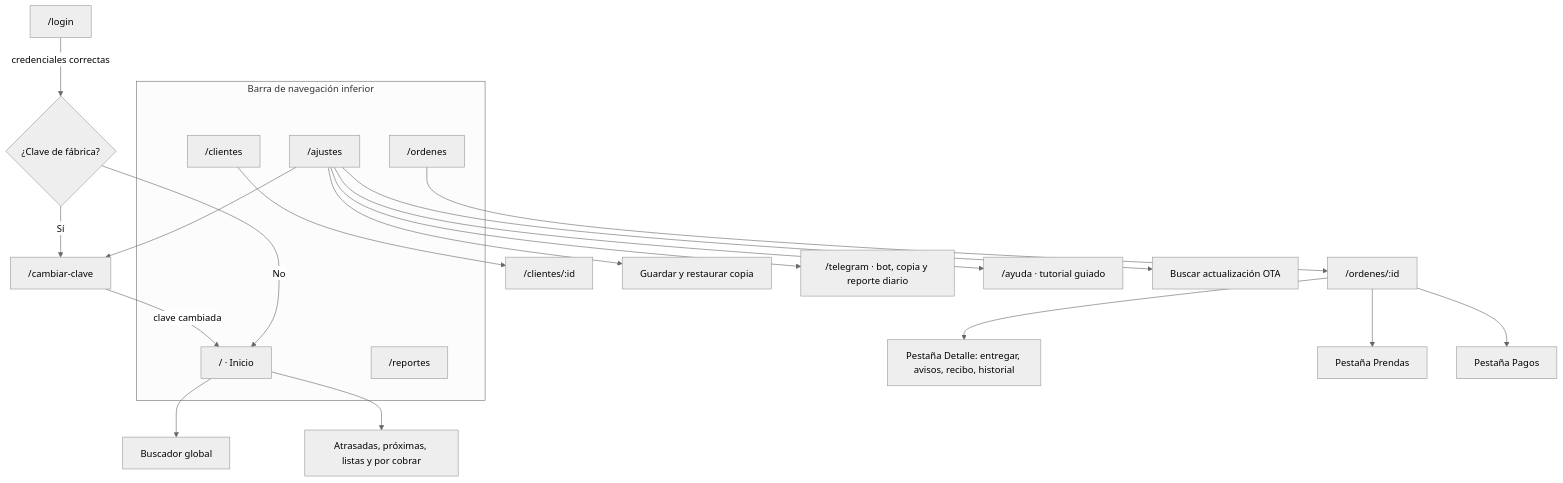
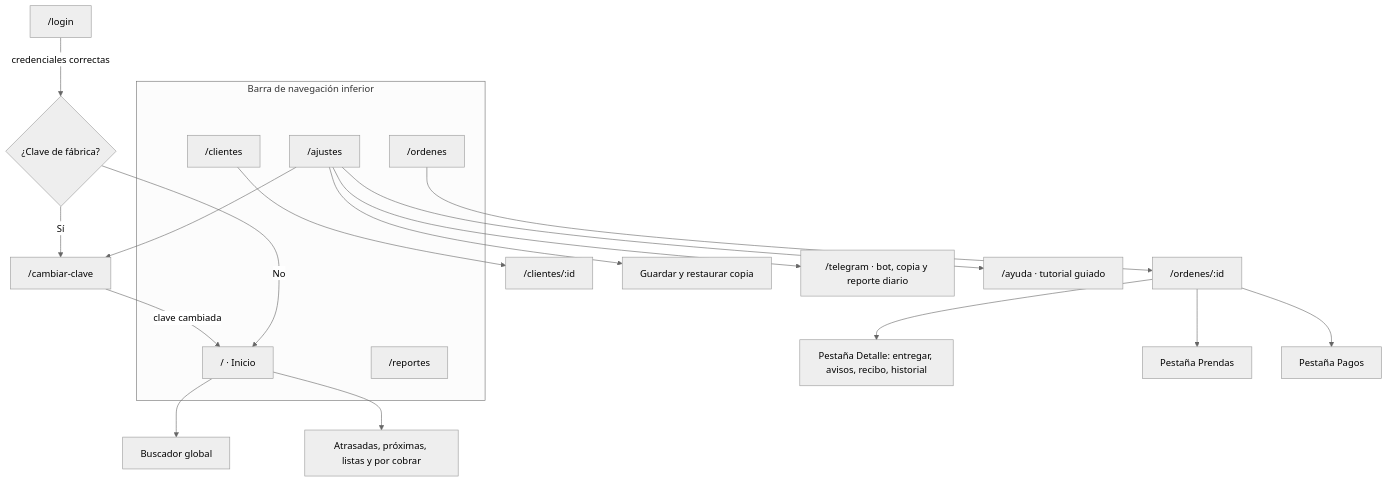
The first of 7 diagrams in docs/02-diseno/COMPORTAMIENTO.md (Aryannext/Costura-app), drawn with Mermaid before and after one commit. The commit also changed 24 other files, not shown here.

````diff
--- a/docs/02-diseno/COMPORTAMIENTO.md
+++ b/docs/02-diseno/COMPORTAMIENTO.md
@@ -13,36 +13,35 @@
 ```mermaid
 %%{init: {'theme': 'neutral'}}%%
 flowchart TB
     Login["/login"]
     Clave["/cambiar-clave"]
 
     Login -->|"credenciales correctas"| Guardia{¿Clave de fábrica?}
     Guardia -- Sí --> Clave
     Guardia -- No --> Dash
 
     Clave -->|"clave cambiada"| Dash
 
     subgraph Nav ["Barra de navegación inferior"]
         Dash["/ · Inicio"]
         Ord["/ordenes"]
         Cli["/clientes"]
         Rep["/reportes"]
         Aju["/ajustes"]
     end
 
     Dash --> Buscador[Buscador global]
     Dash --> Panel[Atrasadas, próximas, listas y por cobrar]
 
     Ord --> OrdDet["/ordenes/:id"]
     OrdDet --> TabD[Pestaña Detalle: entregar, avisos, recibo, historial]
     OrdDet --> TabP[Pestaña Prendas]
     OrdDet --> TabPa[Pestaña Pagos]
 
     Cli --> CliDet["/clientes/:id"]
 
     Aju --> Copia[Guardar y restaurar copia]
     Aju --> Tele["/telegram · bot, copia y reporte diario"]
     Aju --> Clave
     Aju --> Ayuda["/ayuda · tutorial guiado"]
-    Aju --> Actualiza[Buscar actualización OTA]
 ```
````
